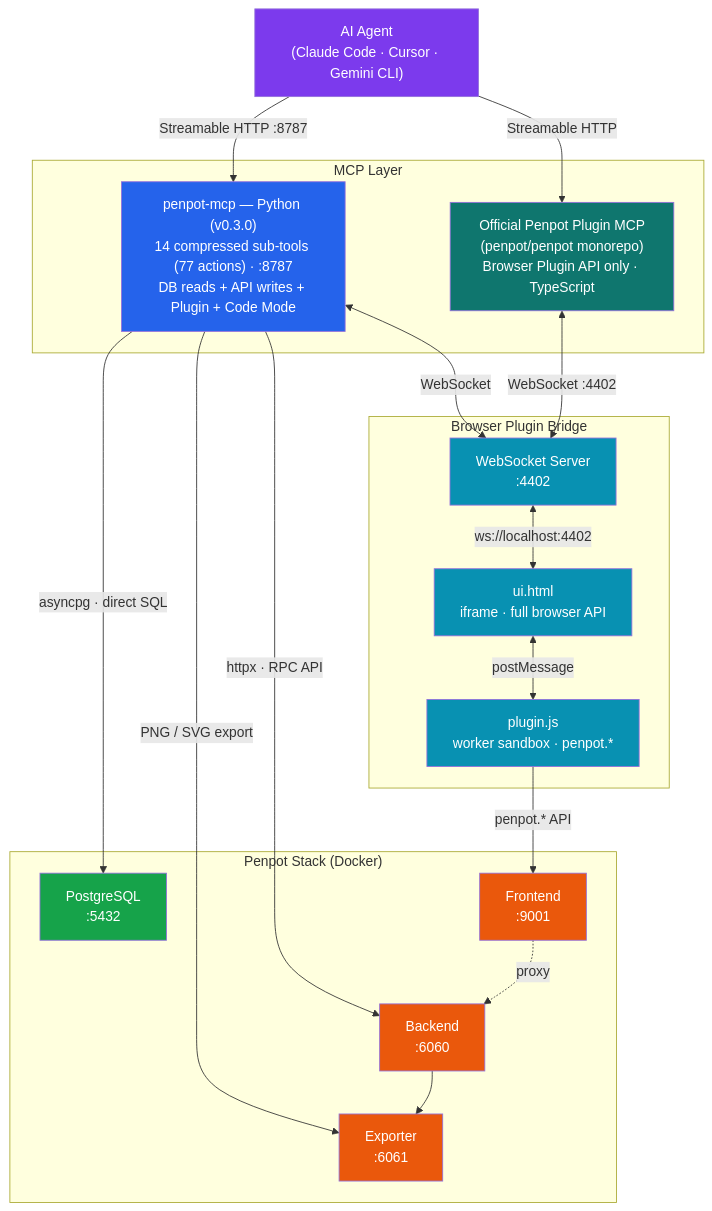
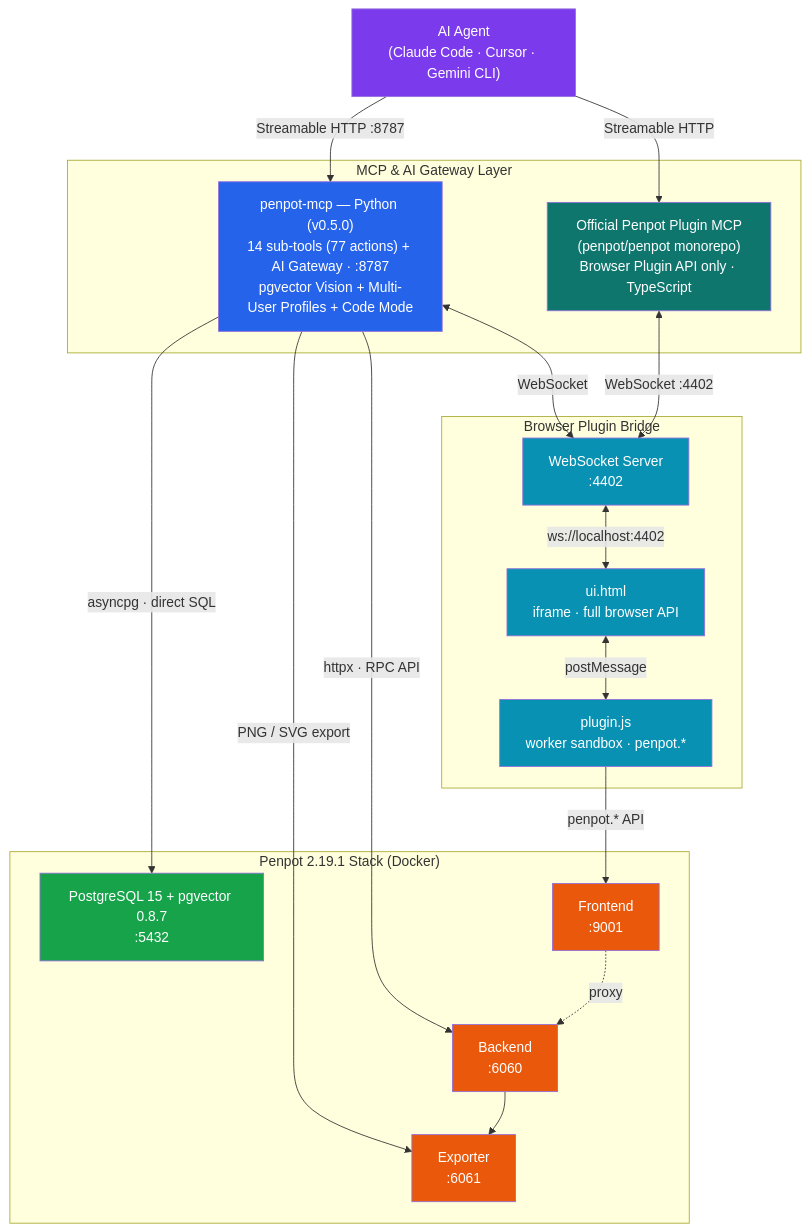
The third of 3 diagrams in README.md (ancrz/penpot-mcp-server), drawn with Mermaid before and after one commit. The commit also changed other lines of this file and 7 other files, not shown here.

Commit message:
docs(readme,docs): update v0.5.0 docs, Mermaid diagrams, tech stack, and untrack docs/*.md ignore

````diff
--- a/README.md
+++ b/README.md
@@ -61,49 +89,49 @@
 ```mermaid
 graph TB
     AI["AI Agent\n(Claude Code · Cursor · Gemini CLI)"]
 
-    subgraph SERVERS["MCP Layer"]
-        MCP["penpot-mcp — Python (v0.3.0)\n14 compressed sub-tools (77 actions) · :8787\nDB reads + API writes + Plugin + Code Mode"]
+    subgraph SERVERS["MCP & AI Gateway Layer"]
+        MCP["penpot-mcp — Python (v0.5.0)\n14 sub-tools (77 actions) + AI Gateway · :8787\npgvector Vision + Multi-User Profiles + Code Mode"]
         OMCP["Official Penpot Plugin MCP\n(penpot/penpot monorepo)\nBrowser Plugin API only · TypeScript"]
     end
 
-    subgraph PENPOT["Penpot Stack (Docker)"]
-        PG["PostgreSQL\n:5432"]
+    subgraph PENPOT["Penpot 2.19.1 Stack (Docker)"]
+        PG["PostgreSQL 15 + pgvector 0.8.7\n:5432"]
         BE["Backend\n:6060"]
         FE["Frontend\n:9001"]
         EX["Exporter\n:6061"]
     end
 
     subgraph BRIDGE["Browser Plugin Bridge"]
         WS["WebSocket Server\n:4402"]
         UI["ui.html\niframe · full browser API"]
         PJ["plugin.js\nworker sandbox · penpot.*"]
     end
 
     AI -->|"Streamable HTTP :8787"| MCP
     AI -->|"Streamable HTTP"| OMCP
 
     MCP -->|"asyncpg · direct SQL"| PG
     MCP -->|"httpx · RPC API"| BE
     MCP -->|"PNG / SVG export"| EX
     MCP <-->|"WebSocket"| WS
 
     OMCP <-->|"WebSocket :4402"| WS
 
     WS <-->|"ws://localhost:4402"| UI
     UI <-->|"postMessage"| PJ
     PJ -->|"penpot.* API"| FE
     FE -.->|"proxy"| BE
     BE --> EX
 
     style AI fill:#7c3aed,color:#fff
     style MCP fill:#2563eb,color:#fff
     style OMCP fill:#0f766e,color:#fff
     style PG fill:#16a34a,color:#fff
     style BE fill:#ea580c,color:#fff
     style FE fill:#ea580c,color:#fff
     style EX fill:#ea580c,color:#fff
     style WS fill:#0891b2,color:#fff
     style UI fill:#0891b2,color:#fff
     style PJ fill:#0891b2,color:#fff
 ```
````
